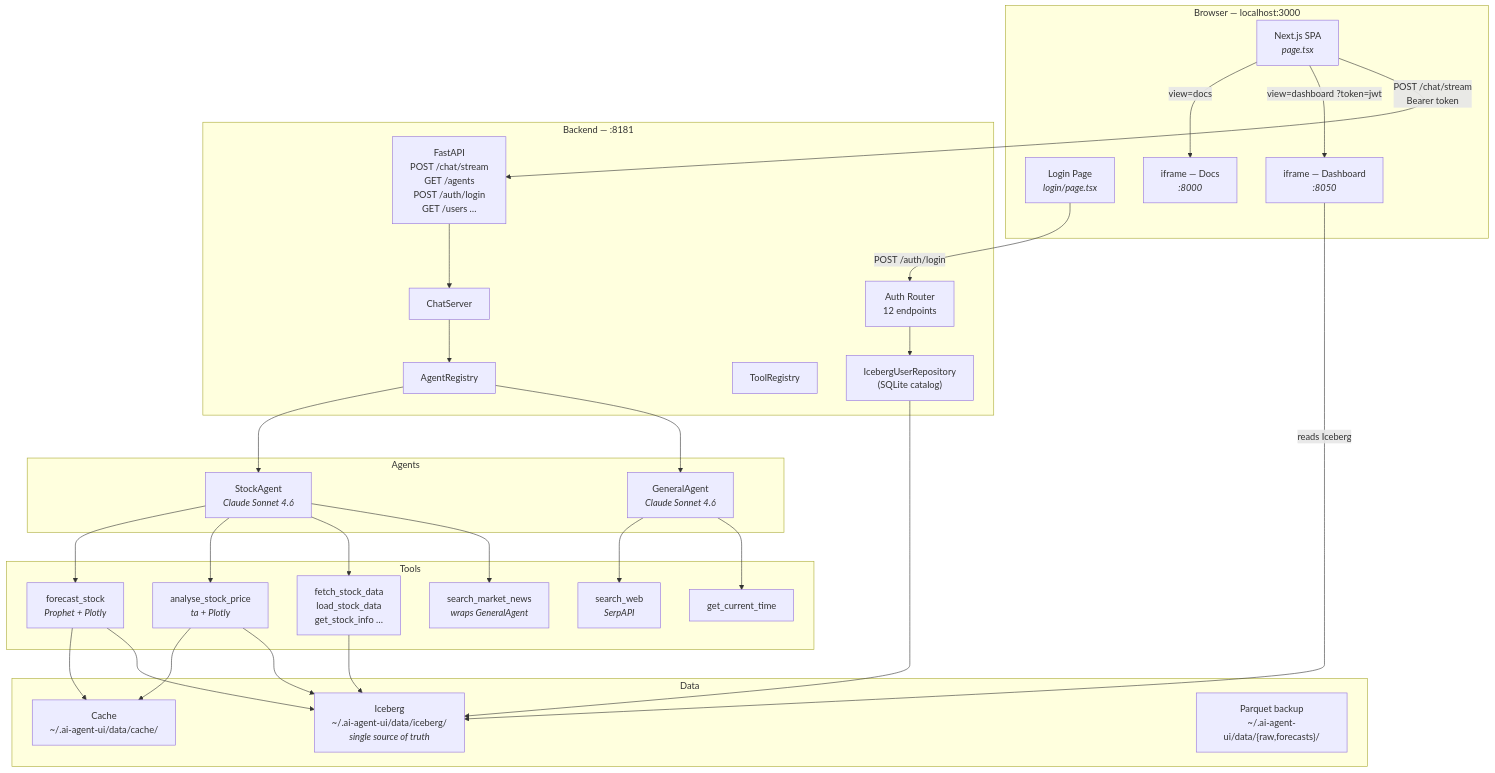
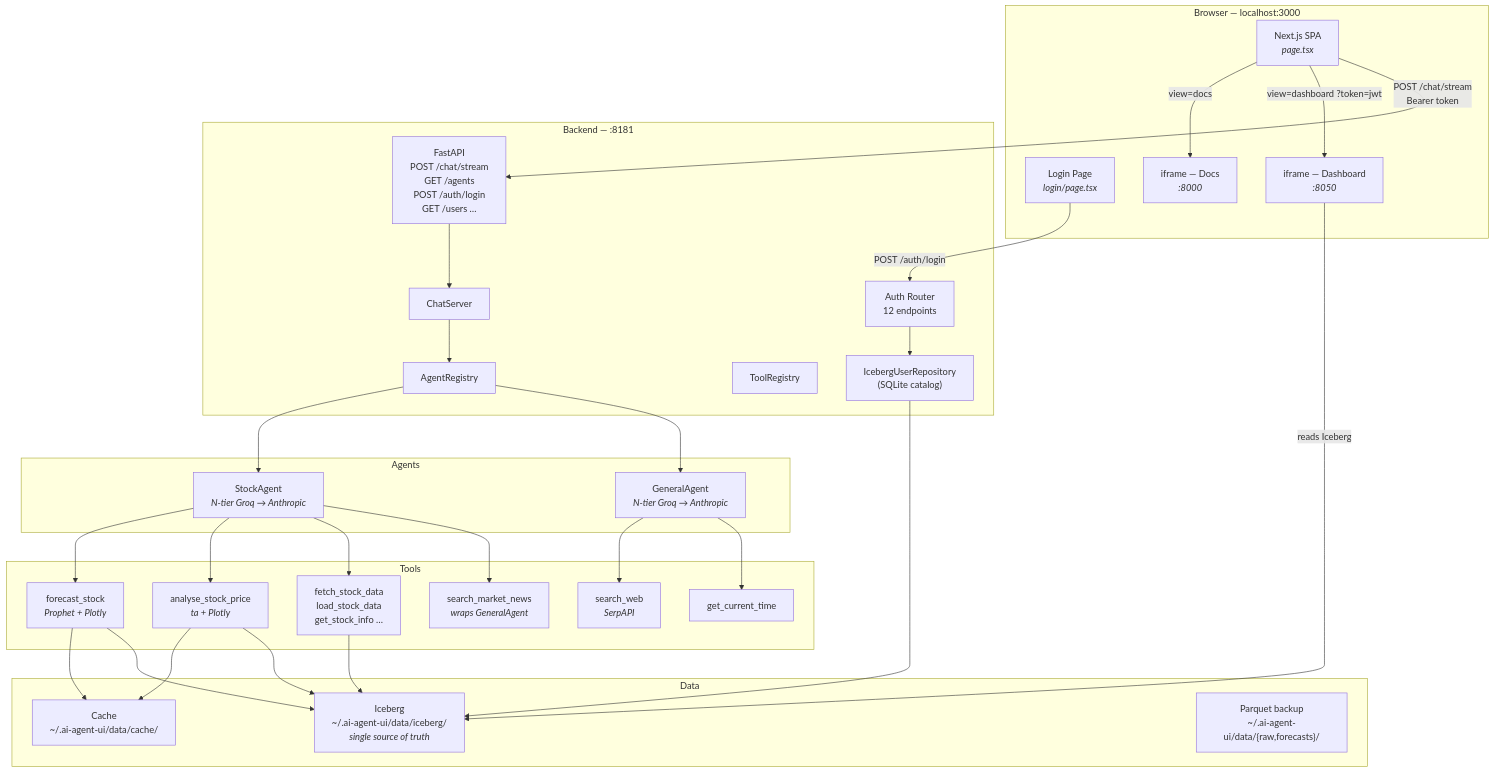
Before and after one commit to aset-platform/ai-agent-ui: the first of 4 diagrams in README.md, drawn with Mermaid. The commit also changed other lines of this file and 19 other files, not shown here.

First line of the commit message:
refactor: N-tier Groq LLM cascade with budget-aware routing (#71)

````diff
--- a/README.md
+++ b/README.md
@@ -68,52 +68,52 @@
 ```mermaid
 graph TD
     subgraph Browser["Browser — localhost:3000"]
         UI["Next.js SPA<br/><i>page.tsx</i>"]
         Login["Login Page<br/><i>login/page.tsx</i>"]
         IF_DASH["iframe — Dashboard<br/><i>:8050</i>"]
         IF_DOCS["iframe — Docs<br/><i>:8000</i>"]
     end
 
     subgraph Backend["Backend — :8181"]
         API["FastAPI<br/>POST /chat/stream<br/>GET /agents<br/>POST /auth/login<br/>GET /users …"]
         CS["ChatServer"]
         AR["AgentRegistry"]
         TR["ToolRegistry"]
         AUTH["Auth Router<br/>12 endpoints"]
         ICE["IcebergUserRepository<br/>(SQLite catalog)"]
     end
 
     subgraph Agents["Agents"]
-        GA["GeneralAgent<br/><i>Claude Sonnet 4.6</i>"]
-        SA["StockAgent<br/><i>Claude Sonnet 4.6</i>"]
+        GA["GeneralAgent<br/><i>N-tier Groq → Anthropic</i>"]
+        SA["StockAgent<br/><i>N-tier Groq → Anthropic</i>"]
     end
 
     subgraph Tools["Tools"]
         T1["get_current_time"]
         T2["search_web<br/><i>SerpAPI</i>"]
         T3["search_market_news<br/><i>wraps GeneralAgent</i>"]
         T4["fetch_stock_data<br/>load_stock_data<br/>get_stock_info …"]
         T5["analyse_stock_price<br/><i>ta + Plotly</i>"]
         T6["forecast_stock<br/><i>Prophet + Plotly</i>"]
     end
 
     subgraph Data["Data"]
         IC["Iceberg<br/>~/.ai-agent-ui/data/iceberg/<br/><i>single source of truth</i>"]
         C["Cache<br/>~/.ai-agent-ui/data/cache/"]
         P["Parquet backup<br/>~/.ai-agent-ui/data/{raw,forecasts}/"]
     end
 
     Login -->|"POST /auth/login"| AUTH
     AUTH --> ICE --> IC
     UI -->|"POST /chat/stream<br/>Bearer token"| API
     API --> CS --> AR
     AR --> GA & SA
     GA --> T1 & T2
     SA --> T3 & T4 & T5 & T6
     T4 --> IC
     T5 --> IC & C
     T6 --> IC & C
     IF_DASH -->|"reads Iceberg"| IC
     UI -->|"view=dashboard ?token=jwt"| IF_DASH
     UI -->|"view=docs"| IF_DOCS
 ```
````
